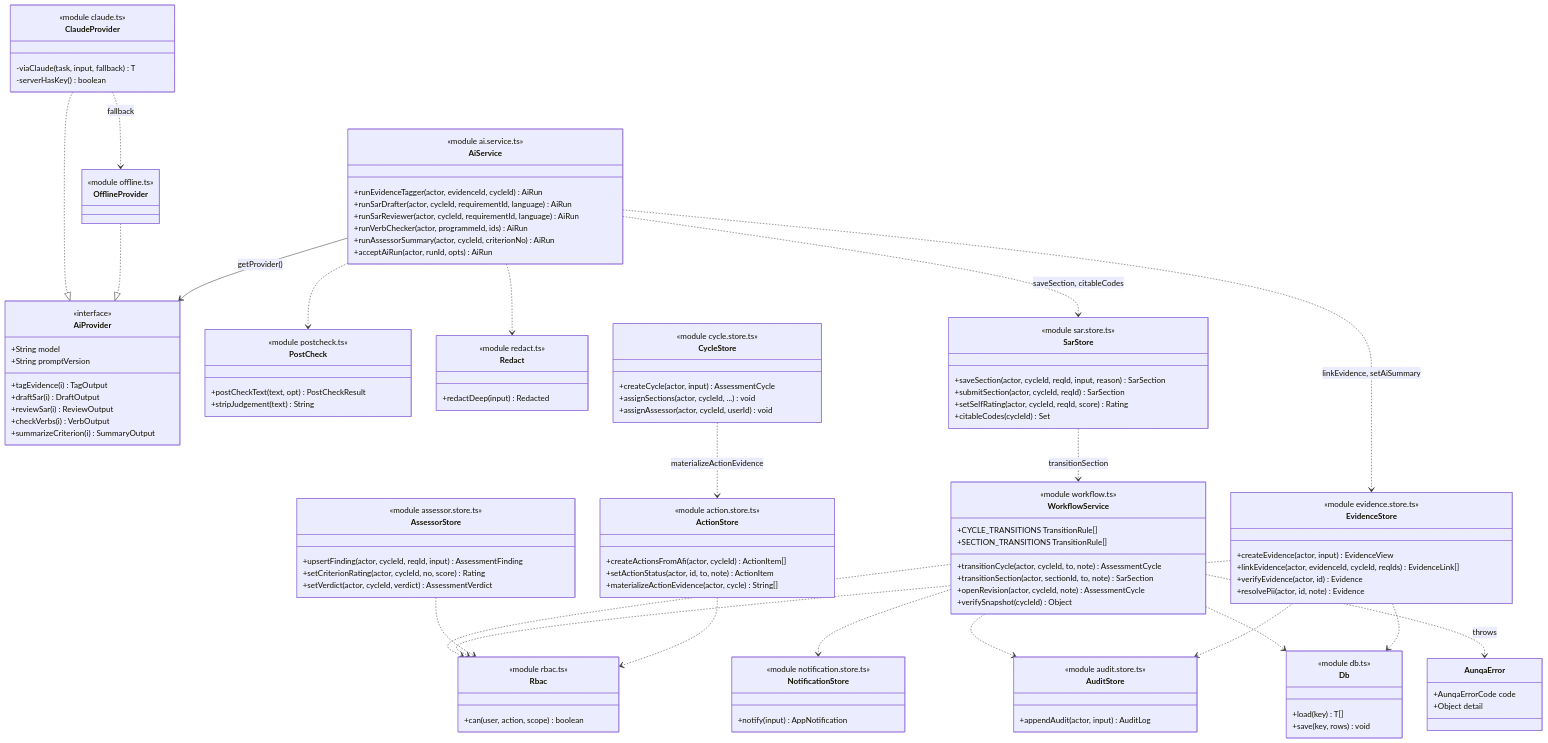
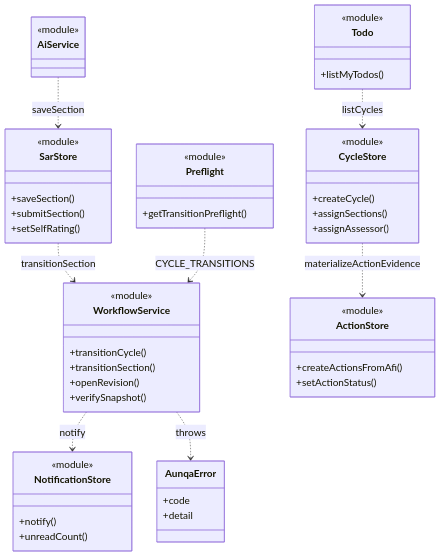
Diagram 18 of 20 in thesis/export/GEMINI_HANDOFF.md (sunthanathza5566/project-mockup), drawn with Mermaid before and after one commit. The commit also changed other lines of this file and 34 other files, not shown here.

Commit message:
docs(TASK-0001): D3 final thesis — all chapters updated to final system, verified references, 20 diagrams + 16 screenshots, export docx + Gemini handoff

````diff
--- a/thesis/export/GEMINI_HANDOFF.md
+++ b/thesis/export/GEMINI_HANDOFF.md
@@ -904,123 +1149,57 @@
 ```mermaid
-%% source: eduflow-next/lib/api/{ai.service,workflow,sar.store,evidence.store,cycle.store,action.store,assessor.store,rbac,audit.store,notification.store,db}.ts; ai/{claude,offline,provider}.ts | task: TASK-0001 | updated: 2026-10-21
+%% source: eduflow-next/lib/api/workflow.ts:181-365 (transitionCycle, notifyCycleChange, openRevision, transitionSection); sar.store.ts:52-184; cycle.store.ts:33,130,183; action.store.ts:135,162; notification.store.ts:17,77; preflight.ts:21; todo.ts:48; ai.service.ts:396-444 (acceptAiRun → saveSection) | task: TASK-0001 | updated: 2026-10-23
+%%{init: {"themeVariables": {"fontSize": "20px"}, "themeCSS": ".edge-pattern-dashed{stroke-dasharray: 4 4 !important}"}}%%
 classDiagram
   direction TB
-  class AiProvider {
-    <<interface>>
-    +String model
-    +String promptVersion
-    +tagEvidence(i) TagOutput
-    +draftSar(i) DraftOutput
-    +reviewSar(i) ReviewOutput
-    +checkVerbs(i) VerbOutput
-    +summarizeCriterion(i) SummaryOutput
+  class WorkflowService {
+    <<module>>
+    +transitionCycle()
+    +transitionSection()
+    +openRevision()
+    +verifySnapshot()
   }
-  class ClaudeProvider {
-    <<module claude.ts>>
-    -viaClaude(task, input, fallback) T
-    -serverHasKey() boolean
+  class SarStore {
+    <<module>>
+    +saveSection()
+    +submitSection()
+    +setSelfRating()
   }
-  class OfflineProvider {
-    <<module offline.ts>>
+  class CycleStore {
+    <<module>>
+    +createCycle()
+    +assignSections()
+    +assignAssessor()
+  }
+  class ActionStore {
+    <<module>>
+    +createActionsFromAfi()
+    +setActionStatus()
+  }
+  class NotificationStore {
+    <<module>>
+    +notify()
+    +unreadCount()
+  }
+  class Preflight {
+    <<module>>
+    +getTransitionPreflight()
+  }
+  class Todo {
+    <<module>>
+    +listMyTodos()
   }
   class AiService {
-    <<module ai.service.ts>>
-    +runEvidenceTagger(actor, evidenceId, cycleId) AiRun
-    +runSarDrafter(actor, cycleId, requirementId, language) AiRun
-    +runSarReviewer(actor, cycleId, requirementId, language) AiRun
-    +runVerbChecker(actor, programmeId, ids) AiRun
-    +runAssessorSummary(actor, cycleId, criterionNo) AiRun
-    +acceptAiRun(actor, runId, opts) AiRun
-  }
-  class PostCheck {
-    <<module postcheck.ts>>
-    +postCheckText(text, opt) PostCheckResult
-    +stripJudgement(text) String
-  }
-  class Redact {
-    <<module redact.ts>>
-    +redactDeep(input) Redacted
-  }
-  class WorkflowService {
-    <<module workflow.ts>>
-    +CYCLE_TRANSITIONS TransitionRule[]
-    +SECTION_TRANSITIONS TransitionRule[]
-    +transitionCycle(actor, cycleId, to, note) AssessmentCycle
-    +transitionSection(actor, sectionId, to, note) SarSection
-    +openRevision(actor, cycleId, note) AssessmentCycle
-    +verifySnapshot(cycleId) Object
-  }
-  class CycleStore {
-    <<module cycle.store.ts>>
-    +createCycle(actor, input) AssessmentCycle
-    +assignSections(actor, cycleId, ...) void
-    +assignAssessor(actor, cycleId, userId) void
-  }
-  class SarStore {
-    <<module sar.store.ts>>
-    +saveSection(actor, cycleId, reqId, input, reason) SarSection
-    +submitSection(actor, cycleId, reqId) SarSection
-    +setSelfRating(actor, cycleId, reqId, score) Rating
-    +citableCodes(cycleId) Set
-  }
-  class EvidenceStore {
-    <<module evidence.store.ts>>
-    +createEvidence(actor, input) EvidenceView
-    +linkEvidence(actor, evidenceId, cycleId, reqIds) EvidenceLink[]
-    +verifyEvidence(actor, id) Evidence
-    +resolvePii(actor, id, note) Evidence
-  }
-  class AssessorStore {
-    <<module assessor.store.ts>>
-    +upsertFinding(actor, cycleId, reqId, input) AssessmentFinding
-    +setCriterionRating(actor, cycleId, no, score) Rating
-    +setVerdict(actor, cycleId, verdict) AssessmentVerdict
-  }
-  class ActionStore {
-    <<module action.store.ts>>
-    +createActionsFromAfi(actor, cycleId) ActionItem[]
-    +setActionStatus(actor, id, to, note) ActionItem
-    +materializeActionEvidence(actor, cycle) String[]
-  }
-  class Rbac {
-    <<module rbac.ts>>
-    +can(user, action, scope) boolean
-  }
-  class AuditStore {
-    <<module audit.store.ts>>
-    +appendAudit(actor, input) AuditLog
-  }
-  class NotificationStore {
-    <<module notification.store.ts>>
-    +notify(input) AppNotification
-  }
-  class Db {
-    <<module db.ts>>
-    +load(key) T[]
-    +save(key, rows) void
+    <<module>>
   }
   class AunqaError {
-    +AunqaErrorCode code
-    +Object detail
+    +code
+    +detail
   }
-  ClaudeProvider ..|> AiProvider
-  OfflineProvider ..|> AiProvider
-  ClaudeProvider ..> OfflineProvider : fallback
-  AiService --> AiProvider : getProvider()
-  AiService ..> PostCheck
-  AiService ..> Redact
-  AiService ..> SarStore : saveSection, citableCodes
-  AiService ..> EvidenceStore : linkEvidence, setAiSummary
+  AiService ..> SarStore : saveSection
   SarStore ..> WorkflowService : transitionSection
   CycleStore ..> ActionStore : materializeActionEvidence
-  WorkflowService ..> Rbac
-  WorkflowService ..> NotificationStore
-  EvidenceStore ..> Rbac
-  AssessorStore ..> Rbac
-  ActionStore ..> Rbac
-  WorkflowService ..> AuditStore
-  EvidenceStore ..> AuditStore
-  WorkflowService ..> Db
-  EvidenceStore ..> Db
+  Preflight ..> WorkflowService : CYCLE_TRANSITIONS
+  Todo ..> CycleStore : listCycles
+  WorkflowService ..> NotificationStore : notify
   WorkflowService ..> AunqaError : throws
 ```
````
